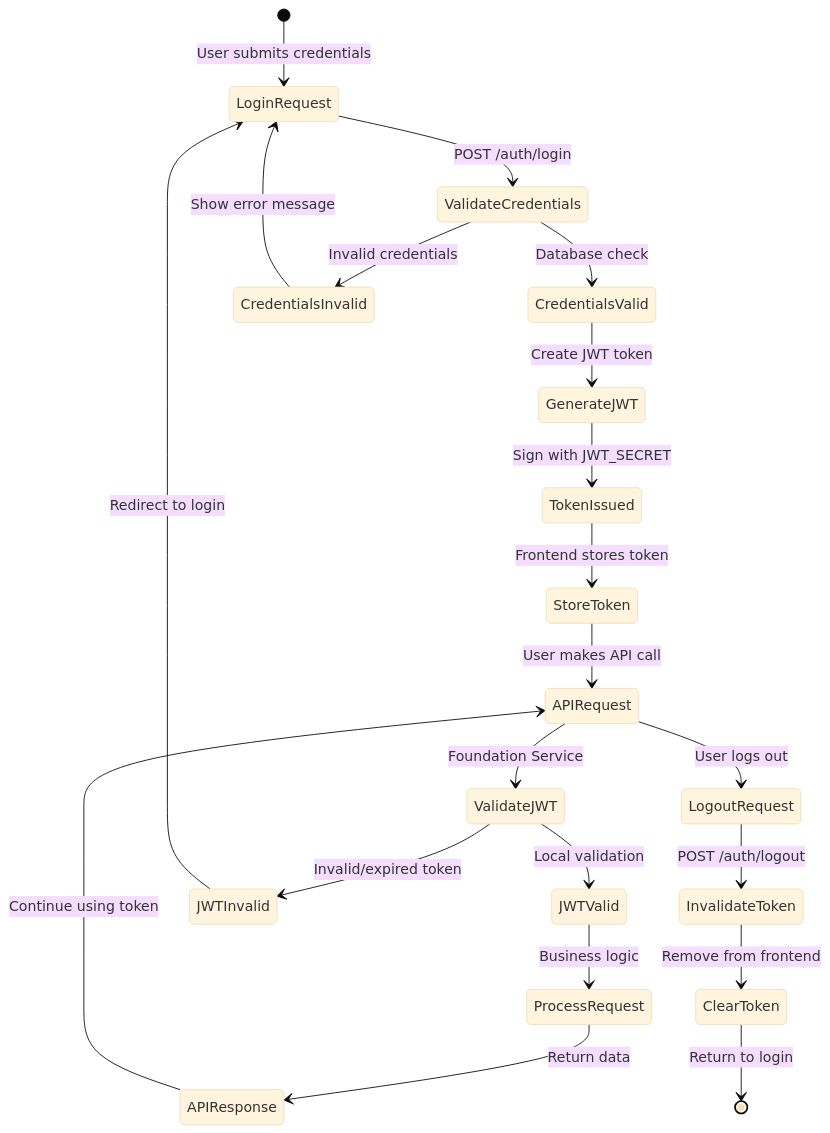
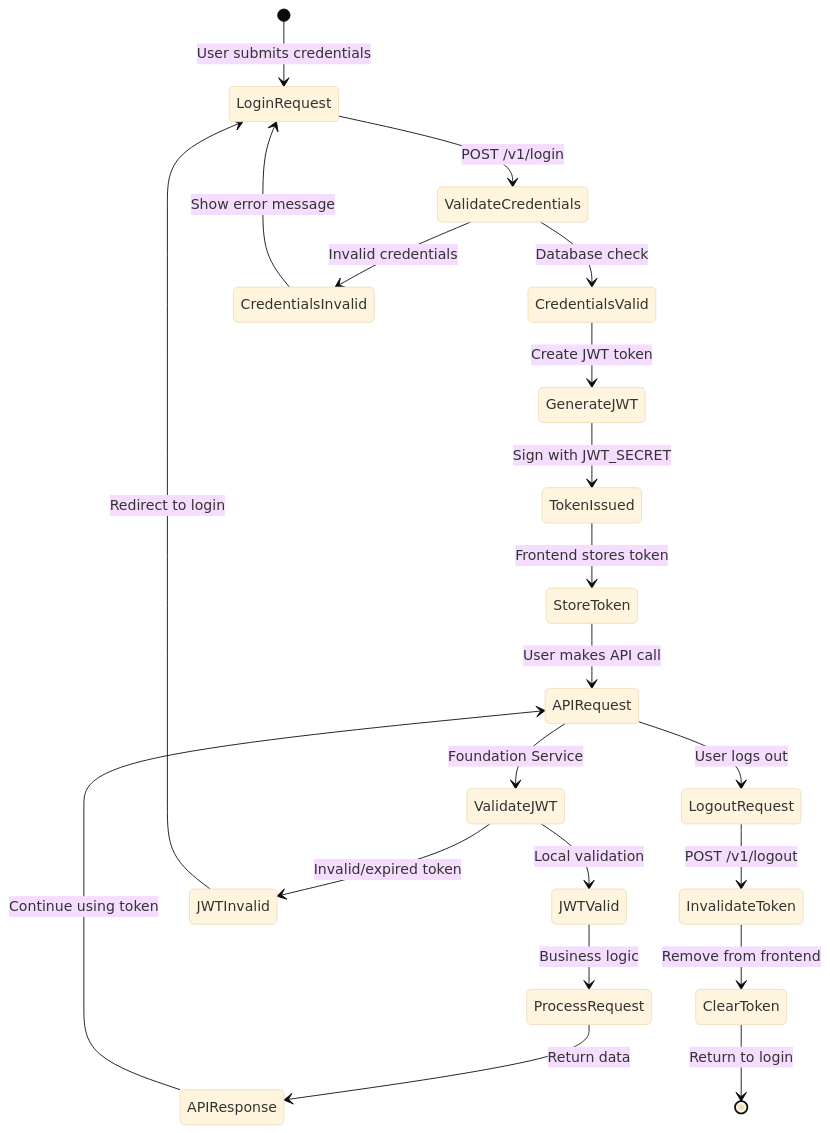
One commit to keeptracknepal/documentation changed the fourth of 6 diagrams in workflow/authentication/process-flow.md. Above: the diagram before and after it, drawn with Mermaid (base theme). The commit also changed other lines of this file, not shown here.

````diff
--- a/workflow/authentication/process-flow.md
+++ b/workflow/authentication/process-flow.md
@@ -173,29 +173,29 @@
 ```mermaid
 stateDiagram-v2
     [*] --> LoginRequest : User submits credentials
     
-    LoginRequest --> ValidateCredentials : POST /auth/login
+    LoginRequest --> ValidateCredentials : POST /v1/login
     ValidateCredentials --> CredentialsValid : Database check
     ValidateCredentials --> CredentialsInvalid : Invalid credentials
     
     CredentialsValid --> GenerateJWT : Create JWT token
     GenerateJWT --> TokenIssued : Sign with JWT_SECRET
     TokenIssued --> StoreToken : Frontend stores token
     StoreToken --> APIRequest : User makes API call
     
     APIRequest --> ValidateJWT : Foundation Service
     ValidateJWT --> JWTValid : Local validation
     ValidateJWT --> JWTInvalid : Invalid/expired token
     
     JWTValid --> ProcessRequest : Business logic
     ProcessRequest --> APIResponse : Return data
     APIResponse --> APIRequest : Continue using token
     
     JWTInvalid --> LoginRequest : Redirect to login
     CredentialsInvalid --> LoginRequest : Show error message
     
     APIRequest --> LogoutRequest : User logs out
-    LogoutRequest --> InvalidateToken : POST /auth/logout
+    LogoutRequest --> InvalidateToken : POST /v1/logout
     InvalidateToken --> ClearToken : Remove from frontend
     ClearToken --> [*] : Return to login
 ```
````
